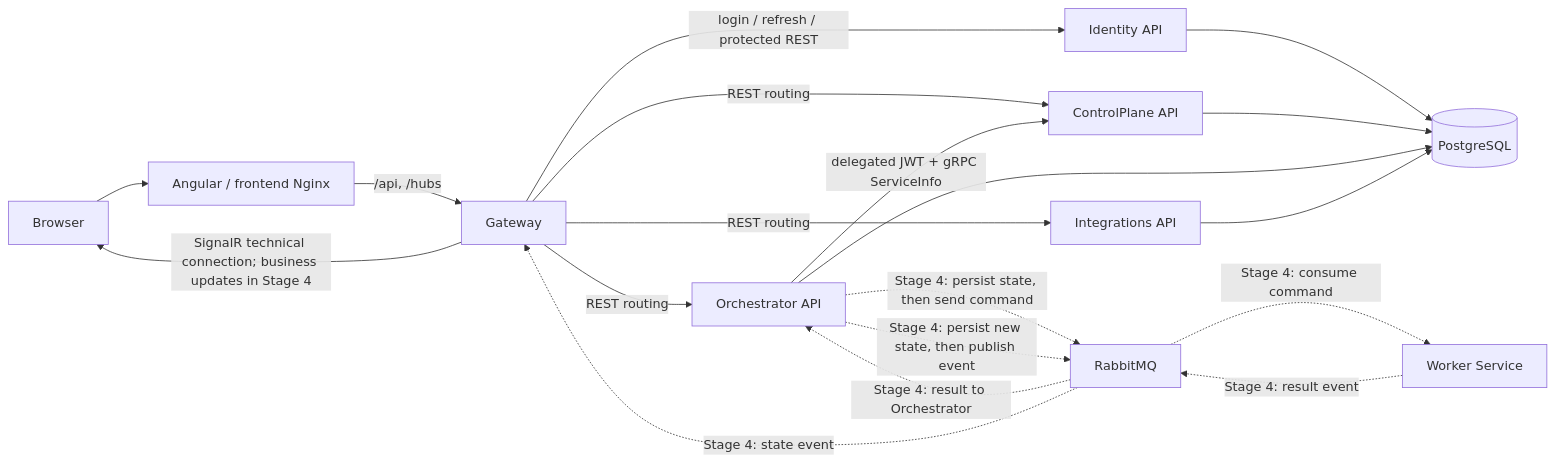
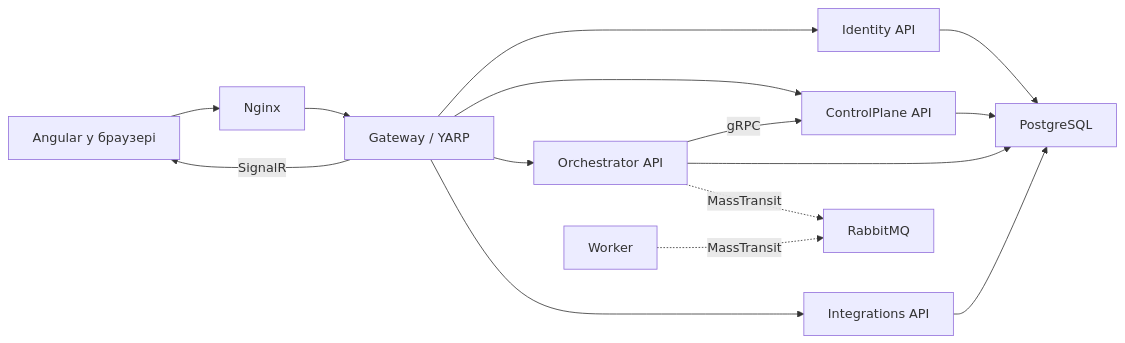
One commit to SqeeZarion/AiControlCenter changed the diagram in README.md. Above: the diagram before and after it, drawn with Mermaid. The commit also changed other lines of this file and 46 other files, not shown here.

````diff
--- a/README.md
+++ b/README.md
@@ -67,26 +16,17 @@
 ```mermaid
 flowchart LR
-    B["Browser"] --> F["Angular / frontend Nginx"]
-    F -->|"/api, /hubs"| G["Gateway"]
-
-    G -->|"login / refresh / protected REST"| ID["Identity API"]
-    G -->|"REST routing"| CP["ControlPlane API"]
-    G -->|"REST routing"| OR["Orchestrator API"]
-    G -->|"REST routing"| IN["Integrations API"]
-
-    OR -->|"delegated JWT + gRPC ServiceInfo"| CP
-
-    OR -.->|"Stage 4: persist state, then send command"| MQ["RabbitMQ"]
-    MQ -.->|"Stage 4: consume command"| W["Worker Service"]
-    W -.->|"Stage 4: result event"| MQ
-    MQ -.->|"Stage 4: result to Orchestrator"| OR
-    OR -.->|"Stage 4: persist new state, then publish event"| MQ
-    MQ -.->|"Stage 4: state event"| G
-
-    G -->|"SignalR technical connection; business updates in Stage 4"| B
-
-    ID --> PG[("PostgreSQL")]
-    CP --> PG
-    OR --> PG
-    IN --> PG
+    Browser["Angular у браузері"] --> Nginx["Nginx"]
+    Nginx --> Gateway["Gateway / YARP"]
+    Gateway --> Identity["Identity API"]
+    Gateway --> ControlPlane["ControlPlane API"]
+    Gateway --> Orchestrator["Orchestrator API"]
+    Gateway --> Integrations["Integrations API"]
+    Orchestrator -->|"gRPC"| ControlPlane
+    Orchestrator -.->|"MassTransit"| RabbitMQ["RabbitMQ"]
+    Worker -.->|"MassTransit"| RabbitMQ
+    Identity --> PostgreSQL["PostgreSQL"]
+    ControlPlane --> PostgreSQL
+    Orchestrator --> PostgreSQL
+    Integrations --> PostgreSQL
+    Gateway -->|"SignalR"| Browser
 ```
````
